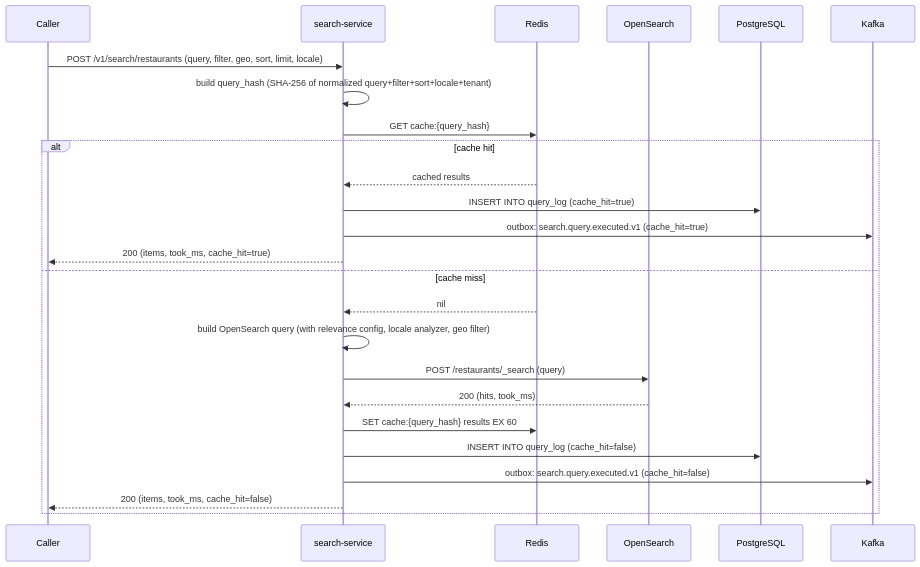
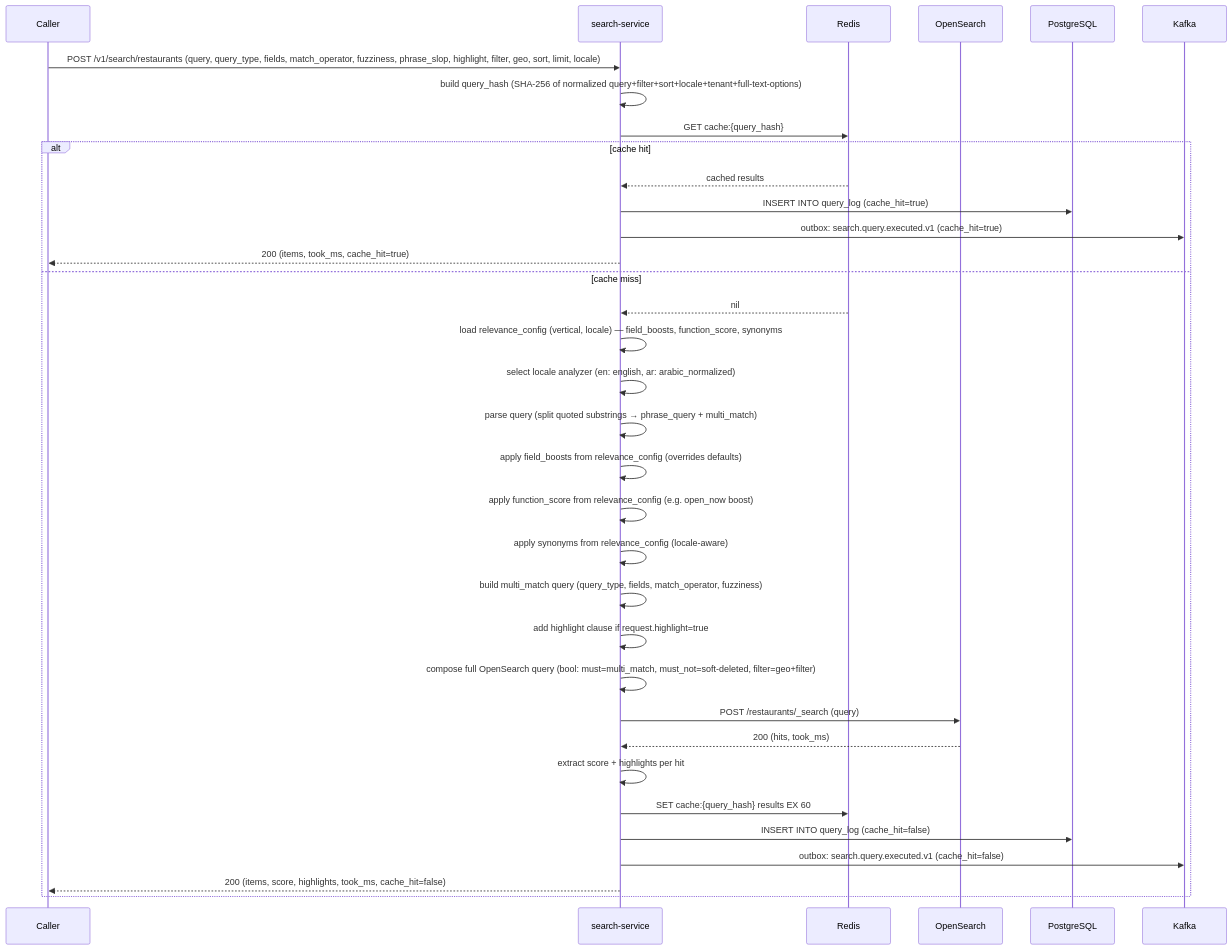
The third of 8 diagrams in docs/services/search-service/WORKFLOWS.md (mohamedhabibwork/trips-enjoy-docs), drawn with Mermaid before and after one commit. The commit also changed other lines of this file and 201 other files, not shown here.

````diff
--- a/docs/services/search-service/WORKFLOWS.md
+++ b/docs/services/search-service/WORKFLOWS.md
@@ -143,28 +191,37 @@
 ```mermaid
 sequenceDiagram
     participant C as Caller
     participant S as search-service
     participant R as Redis
     participant OS as OpenSearch
     participant DB as PostgreSQL
     participant K as Kafka
 
-    C->>S: POST /v1/search/restaurants (query, filter, geo, sort, limit, locale)
-    S->>S: build query_hash (SHA-256 of normalized query+filter+sort+locale+tenant)
+    C->>S: POST /v1/search/restaurants (query, query_type, fields, match_operator, fuzziness, phrase_slop, highlight, filter, geo, sort, limit, locale)
+    S->>S: build query_hash (SHA-256 of normalized query+filter+sort+locale+tenant+full-text-options)
     S->>R: GET cache:{query_hash}
     alt cache hit
         R-->>S: cached results
         S->>DB: INSERT INTO query_log (cache_hit=true)
         S->>K: outbox: search.query.executed.v1 (cache_hit=true)
         S-->>C: 200 (items, took_ms, cache_hit=true)
     else cache miss
         R-->>S: nil
-        S->>S: build OpenSearch query (with relevance config, locale analyzer, geo filter)
+        S->>S: load relevance_config (vertical, locale) — field_boosts, function_score, synonyms
+        S->>S: select locale analyzer (en: english, ar: arabic_normalized)
+        S->>S: parse query (split quoted substrings → phrase_query + multi_match)
+        S->>S: apply field_boosts from relevance_config (overrides defaults)
+        S->>S: apply function_score from relevance_config (e.g. open_now boost)
+        S->>S: apply synonyms from relevance_config (locale-aware)
+        S->>S: build multi_match query (query_type, fields, match_operator, fuzziness)
+        S->>S: add highlight clause if request.highlight=true
+        S->>S: compose full OpenSearch query (bool: must=multi_match, must_not=soft-deleted, filter=geo+filter)
         S->>OS: POST /restaurants/_search (query)
         OS-->>S: 200 (hits, took_ms)
+        S->>S: extract score + highlights per hit
         S->>R: SET cache:{query_hash} results EX 60
         S->>DB: INSERT INTO query_log (cache_hit=false)
         S->>K: outbox: search.query.executed.v1 (cache_hit=false)
-        S-->>C: 200 (items, took_ms, cache_hit=false)
+        S-->>C: 200 (items, score, highlights, took_ms, cache_hit=false)
     end
 ```
````
